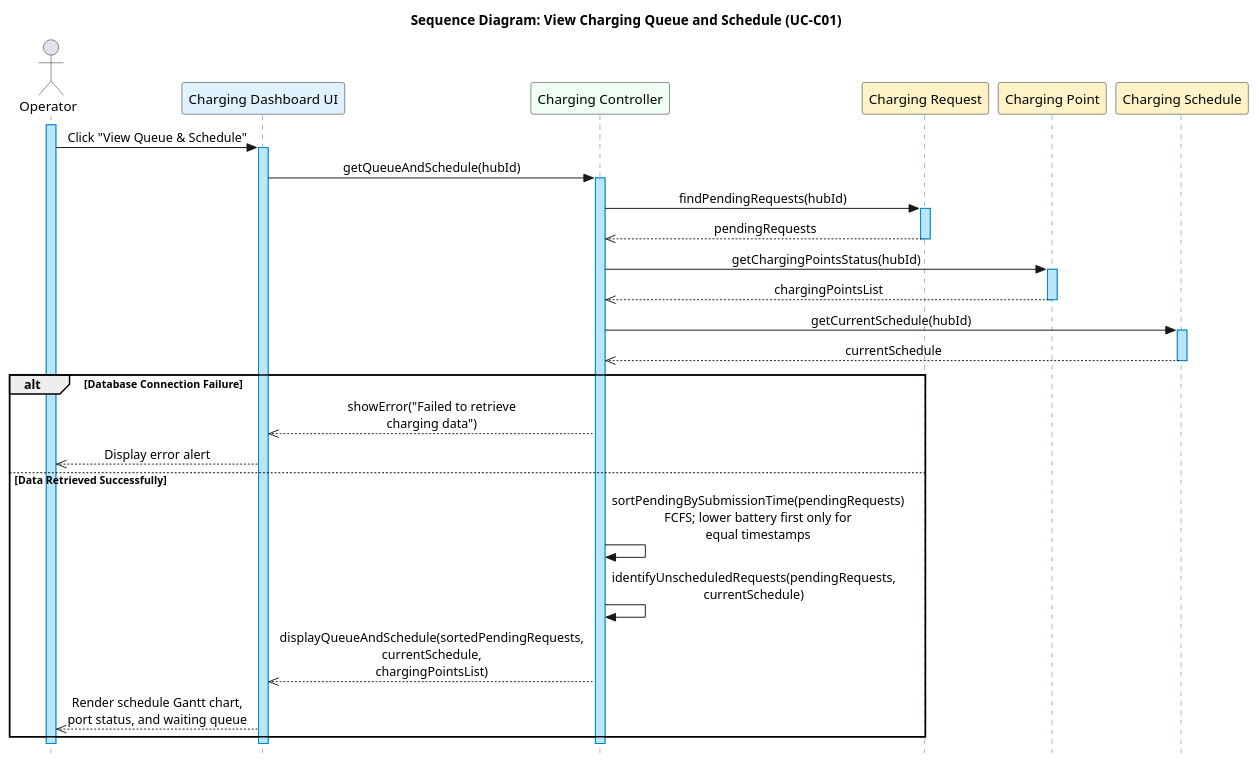
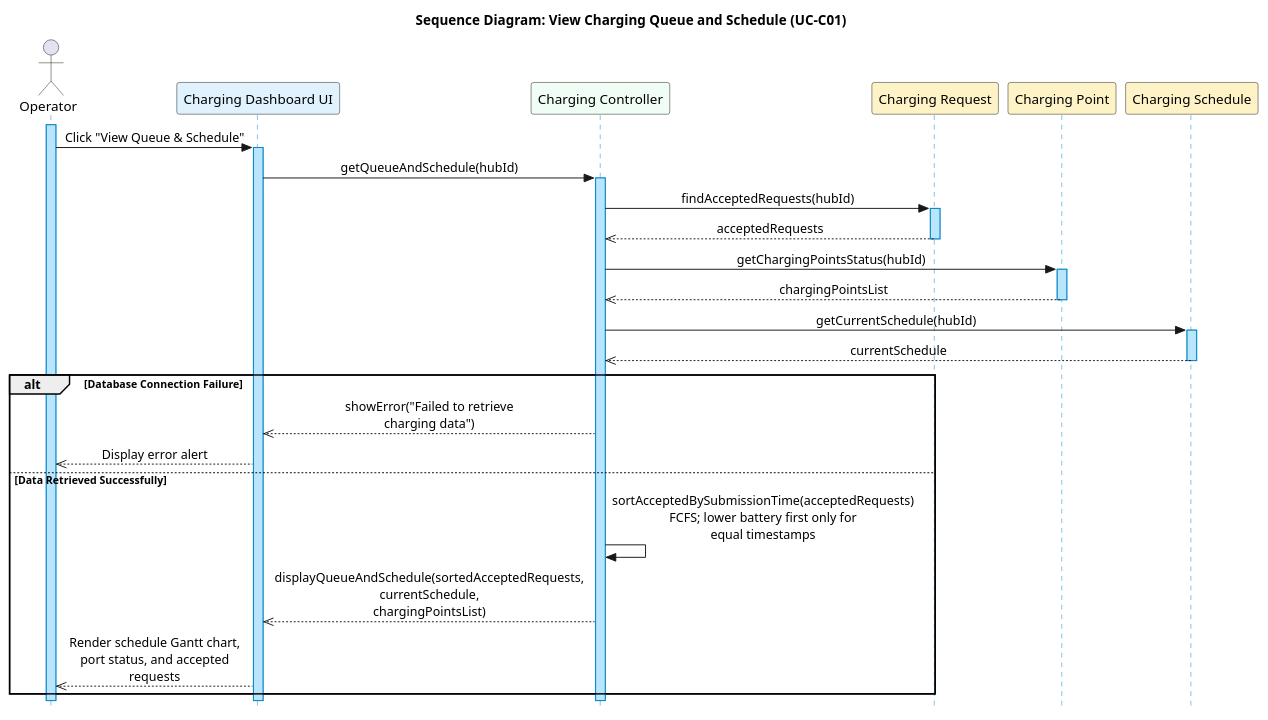
One commit to thanhpham1108/smart-e-mobility-hub changed the diagram in docs/submission-2/sequence-diagrams/smart-charging/SD_ViewChargingQueue.puml. Above: the diagram before and after it, drawn with PlantUML. The commit also changed 59 other files, not shown here.

```diff
--- a/docs/submission-2/sequence-diagrams/smart-charging/SD_ViewChargingQueue.puml
+++ b/docs/submission-2/sequence-diagrams/smart-charging/SD_ViewChargingQueue.puml
@@ -1,54 +1,53 @@
 @startuml SD_ViewChargingQueue
 skinparam style strictuml
 skinparam sequenceMessageAlign center
 skinparam boxPadding 10
 skinparam maxMessageSize 200
 
 skinparam sequenceLifeLineBorderColor #0284C7
 skinparam sequenceLifeLineBackgroundColor #BAE6FD
 
 title Sequence Diagram: View Charging Queue and Schedule (UC-C01)
 
 actor "Operator" as Op
 participant "Charging Dashboard UI" as UI #E0F2FE
 participant "Charging Controller" as Ctrl #F0FDF4
 participant "Charging Request" as Req #FEF3C7
 participant "Charging Point" as Point #FEF3C7
 participant "Charging Schedule" as Sched #FEF3C7
 
 activate Op
 Op -> UI : Click "View Queue & Schedule"
 activate UI
 
 UI -> Ctrl : getQueueAndSchedule(hubId)
 activate Ctrl
 
-Ctrl -> Req : findPendingRequests(hubId)
+Ctrl -> Req : findAcceptedRequests(hubId)
 activate Req
-Req -->> Ctrl : pendingRequests
+Req -->> Ctrl : acceptedRequests
 deactivate Req
 
 Ctrl -> Point : getChargingPointsStatus(hubId)
 activate Point
 Point -->> Ctrl : chargingPointsList
 deactivate Point
 
 Ctrl -> Sched : getCurrentSchedule(hubId)
 activate Sched
 Sched -->> Ctrl : currentSchedule
 deactivate Sched
 
 alt Database Connection Failure
     Ctrl -->> UI : showError("Failed to retrieve charging data")
     UI -->> Op : Display error alert
 else Data Retrieved Successfully
-    Ctrl -> Ctrl : sortPendingBySubmissionTime(pendingRequests)\nFCFS; lower battery first only for equal timestamps
-    Ctrl -> Ctrl : identifyUnscheduledRequests(pendingRequests, currentSchedule)
-    Ctrl -->> UI : displayQueueAndSchedule(sortedPendingRequests, currentSchedule, chargingPointsList)
-    UI -->> Op : Render schedule Gantt chart, port status, and waiting queue
+    Ctrl -> Ctrl : sortAcceptedBySubmissionTime(acceptedRequests)\nFCFS; lower battery first only for equal timestamps
+    Ctrl -->> UI : displayQueueAndSchedule(sortedAcceptedRequests, currentSchedule, chargingPointsList)
+    UI -->> Op : Render schedule Gantt chart, port status, and accepted requests
 end
 
 deactivate Ctrl
 deactivate UI
 deactivate Op
 @enduml
```
